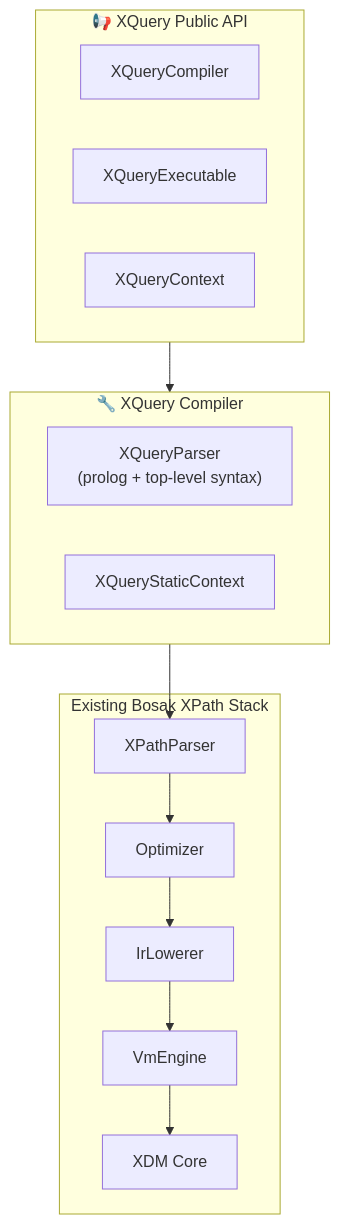
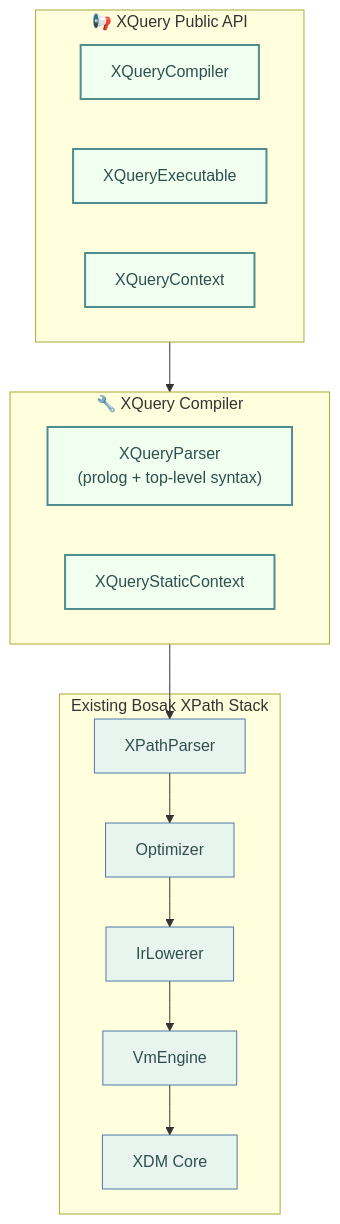
Before and after one commit to Fytala-Charles/Bosak: the fifth of 5 diagrams in docs/ARCHITECTURE.md, drawn with Mermaid. The commit also changed other lines of this file and 23 other files, not shown here.

````diff
--- a/docs/ARCHITECTURE.md
+++ b/docs/ARCHITECTURE.md
@@ -527,28 +555,34 @@
 ```mermaid
 flowchart TB
     subgraph XQ_API["📢 XQuery Public API"]
         QC["XQueryCompiler"]
         QX["XQueryExecutable"]
         QCTX["XQueryContext"]
     end
 
     subgraph XQ_CP["🔧 XQuery Compiler"]
         QP["XQueryParser<br/>(prolog + top-level syntax)"]
         SC["XQueryStaticContext"]
     end
 
     subgraph XPATH["Existing Bosak XPath Stack"]
         XP["XPathParser"]
         XO["Optimizer"]
         XL["IrLowerer"]
         XV["VmEngine"]
         XX["XDM Core"]
     end
 
     XQ_API --> XQ_CP
     XQ_CP --> XP
     XP --> XO
     XO --> XL
     XL --> XV
     XV --> XX
+
+    classDef current fill:#F0FFF0,stroke:#518D8F,color:#2F4F4F,stroke-width:2px
+    classDef platform fill:#E8F4EE,stroke:#5178A8,color:#2F4F4F
+
+    class QC,QX,QCTX,QP,SC current
+    class XP,XO,XL,XV,XX platform
 ```
````
